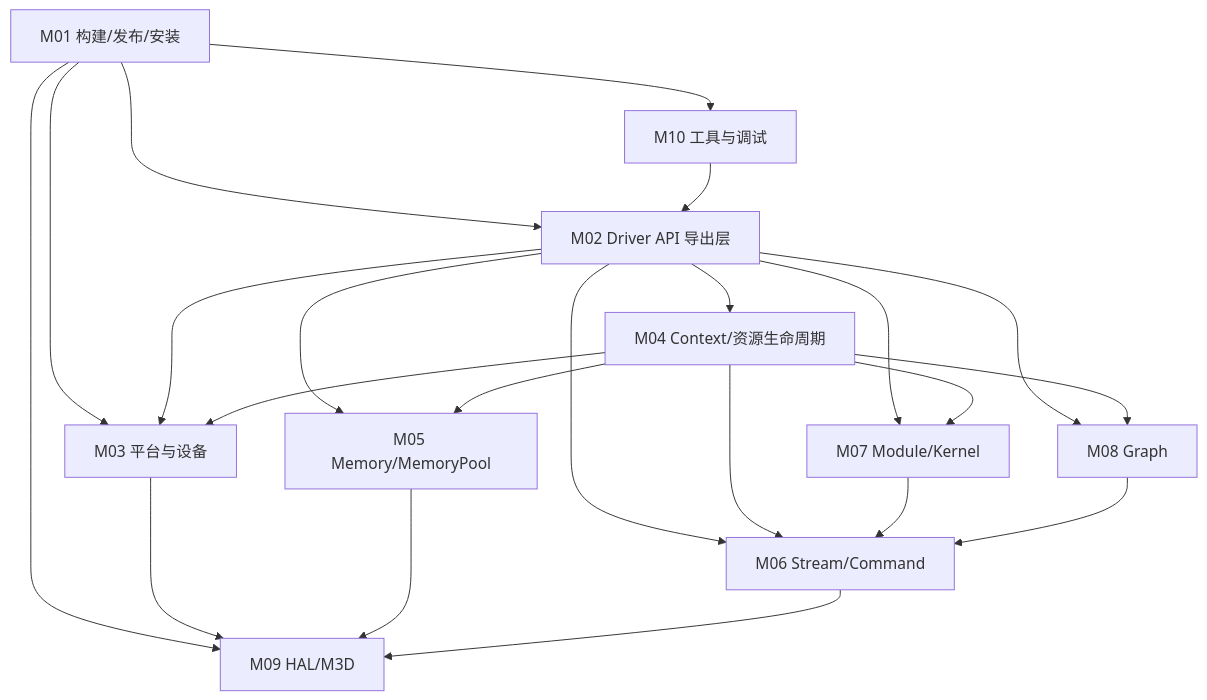
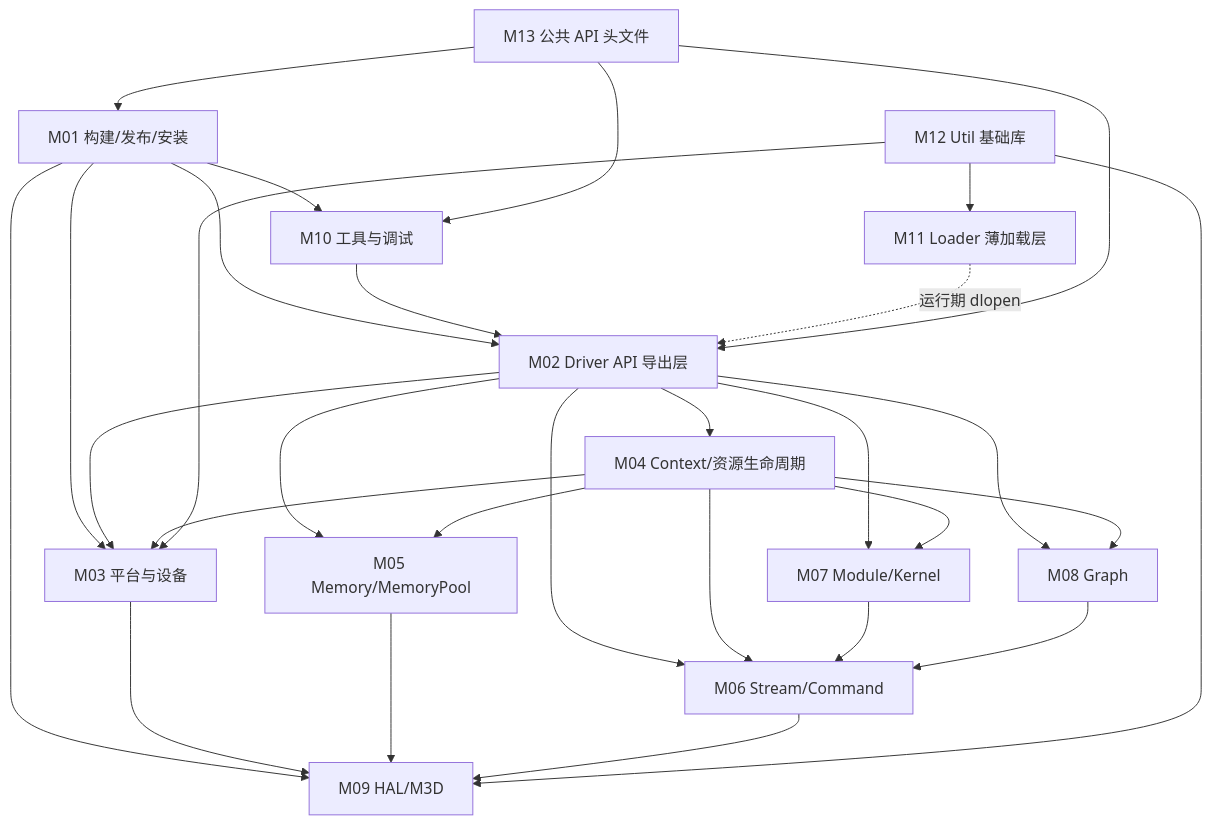
The diagram in musa/01-modules/module-registry.md (visionarywind/Projects), drawn with Mermaid before and after one commit. The commit also changed other lines of this file and 388 other files, not shown here.

````diff
--- a/musa/01-modules/module-registry.md
+++ b/musa/01-modules/module-registry.md
@@ -19,24 +19,31 @@
 ```mermaid
 flowchart TD
     M01[M01 构建/发布/安装] --> M02[M02 Driver API 导出层]
     M01 --> M03[M03 平台与设备]
     M01 --> M09[M09 HAL/M3D]
     M01 --> M10[M10 工具与调试]
     M10 --> M02
     M02 --> M03
     M02 --> M04[M04 Context/资源生命周期]
     M02 --> M05[M05 Memory/MemoryPool]
     M02 --> M06[M06 Stream/Command]
     M02 --> M07[M07 Module/Kernel]
     M02 --> M08[M08 Graph]
     M03 --> M09
     M04 --> M03
     M04 --> M05
     M04 --> M06
     M04 --> M07
     M04 --> M08
     M05 --> M09
     M06 --> M09
     M07 --> M06
     M08 --> M06
+    M11[M11 Loader 薄加载层] -.运行期 dlopen.-> M02
+    M12[M12 Util 基础库] --> M03
+    M12 --> M09
+    M12 --> M11
+    M13[M13 公共 API 头文件] --> M01
+    M13 --> M02
+    M13 --> M10
 ```
````
